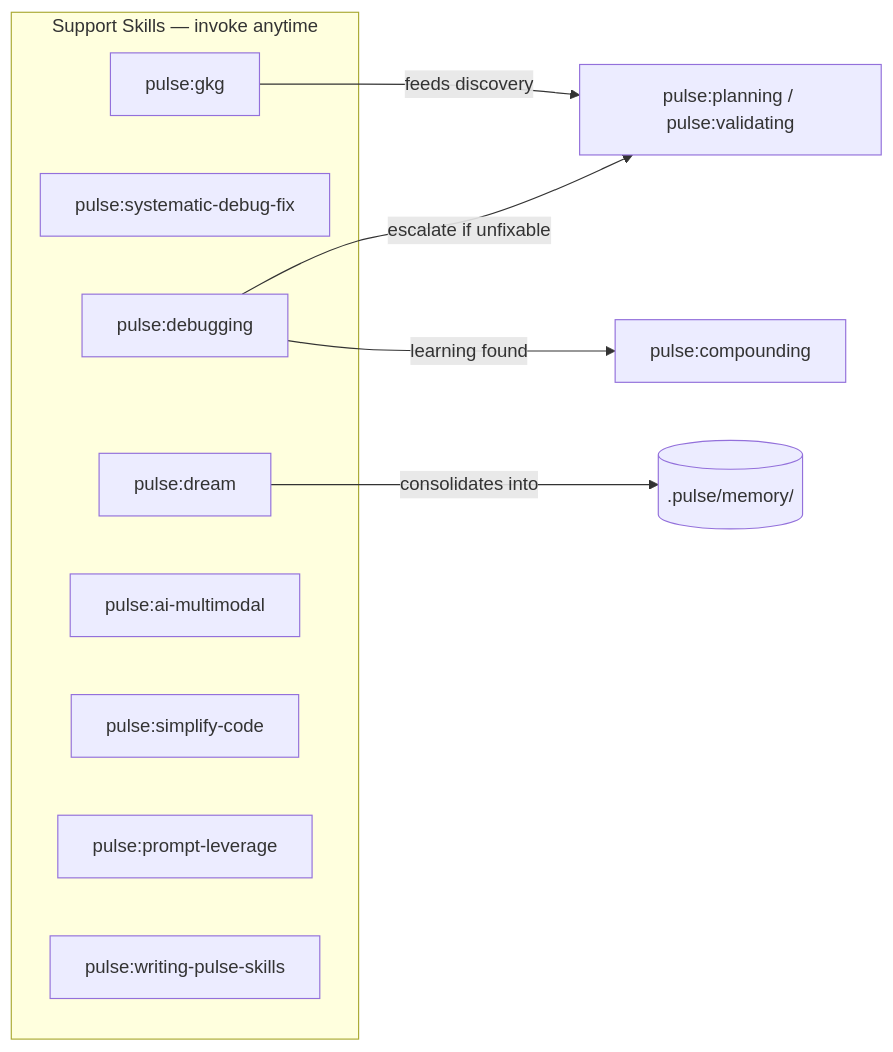
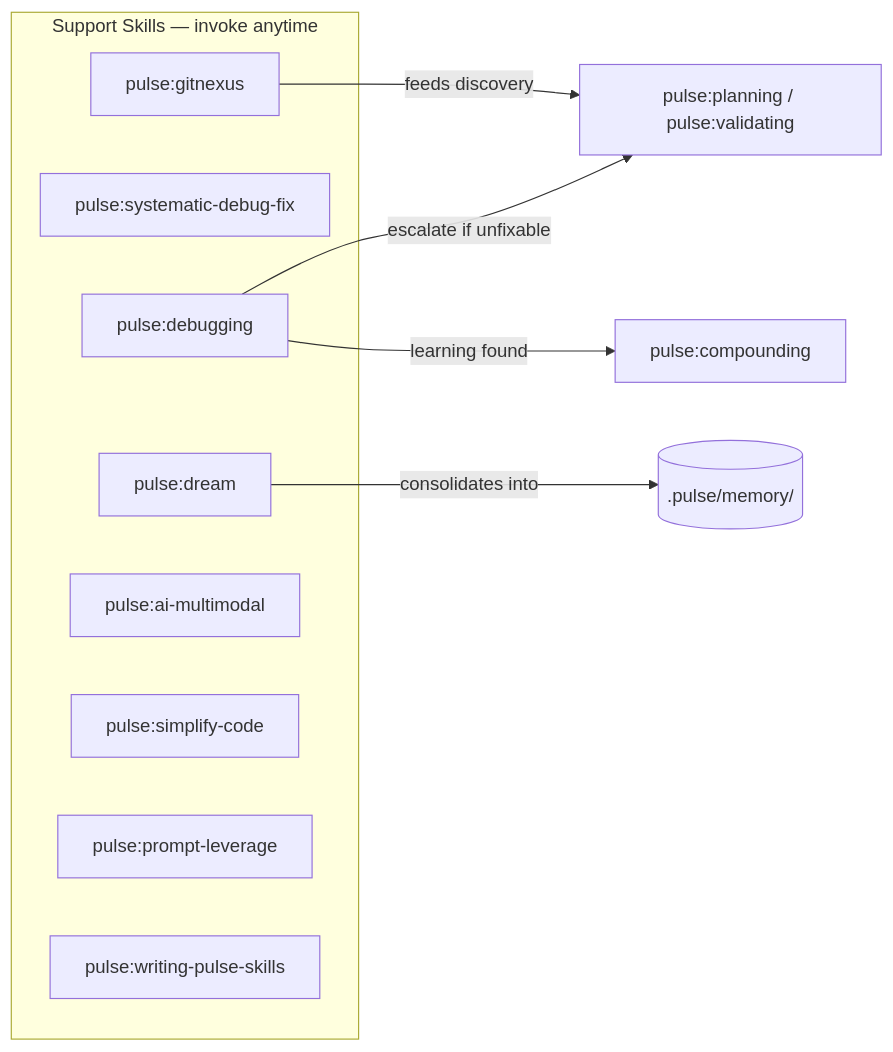
The fourth of 7 diagrams in docs/ARCHITECTURE.md (quanpersie2001/skills), drawn with Mermaid before and after one commit. The commit also changed other lines of this file and 38 other files, not shown here.

First line of the commit message:
feat(pulse): add gitnexus and dev-note support skills

````diff
--- a/docs/ARCHITECTURE.md
+++ b/docs/ARCHITECTURE.md
@@ -357,18 +357,18 @@
 ```mermaid
 flowchart LR
     subgraph support[Support Skills — invoke anytime]
         DBG[pulse:debugging]
         SDF[pulse:systematic-debug-fix]
-        GKG[pulse:gkg]
+        GNX[pulse:gitnexus]
         DRM[pulse:dream]
         AIM[pulse:ai-multimodal]
         SC[pulse:simplify-code]
         PL2[pulse:prompt-leverage]
         WPS[pulse:writing-pulse-skills]
     end
 
     DBG -->|escalate if unfixable| planning[pulse:planning / pulse:validating]
     DBG -->|learning found| CP2[pulse:compounding]
-    GKG -->|feeds discovery| planning
+    GNX -->|feeds discovery| planning
     DRM -->|consolidates into| learnings[(.pulse/memory/)]
 ```
````
